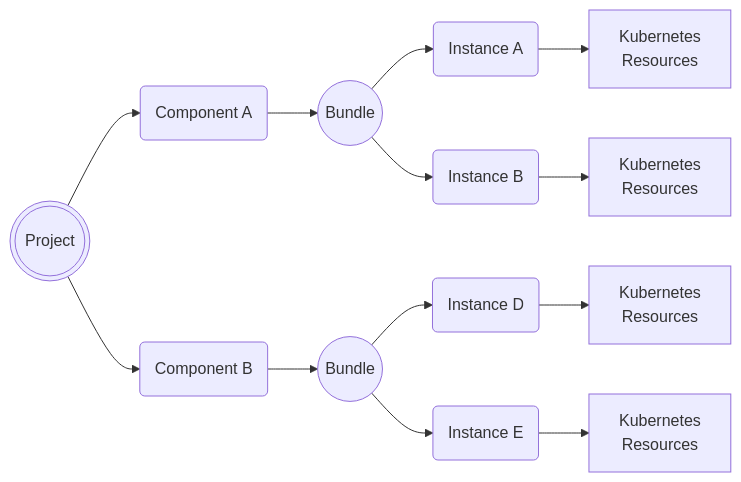
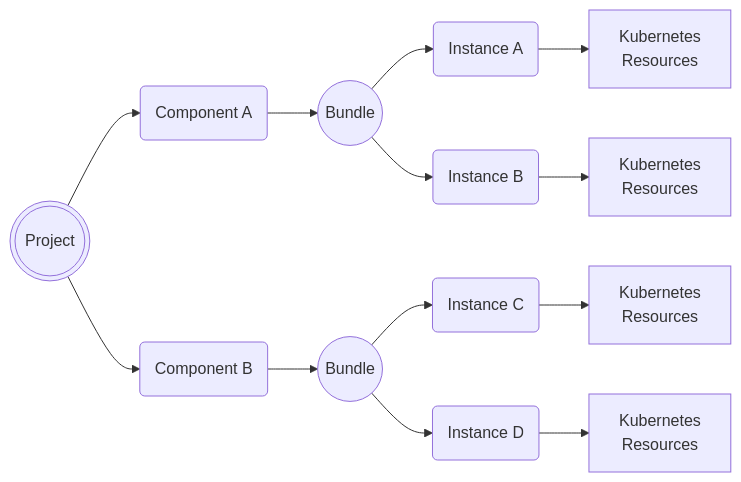
One commit to webwurst/timoni changed the second of 2 diagrams in docs/controller/specs.md. Above: the diagram before and after it, drawn with Mermaid. The commit also changed other lines of this file, not shown here.

````diff
--- a/docs/controller/specs.md
+++ b/docs/controller/specs.md
@@ -231,15 +258,15 @@
 ```mermaid
 flowchart LR
     A(((Project))) --> B
     B(Component A) --> C((Bundle))
     C --> D(Instance A)
     D --> E[Kubernetes <br /> Resources]
     C --> G(Instance B)
     G --> H[Kubernetes <br /> Resources]
     A --> X
     X(Component B) --> Y((Bundle))
-    Y --> Z(Instance D)
+    Y --> Z(Instance C)
     Z --> W[Kubernetes <br /> Resources]
-    Y --> T(Instance E)
+    Y --> T(Instance D)
     T --> R[Kubernetes <br /> Resources]
 ```
````
